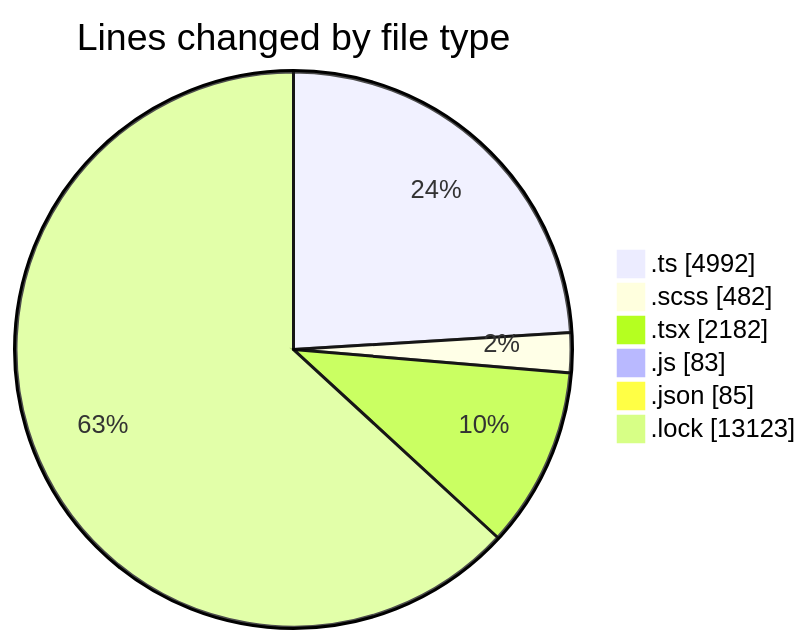
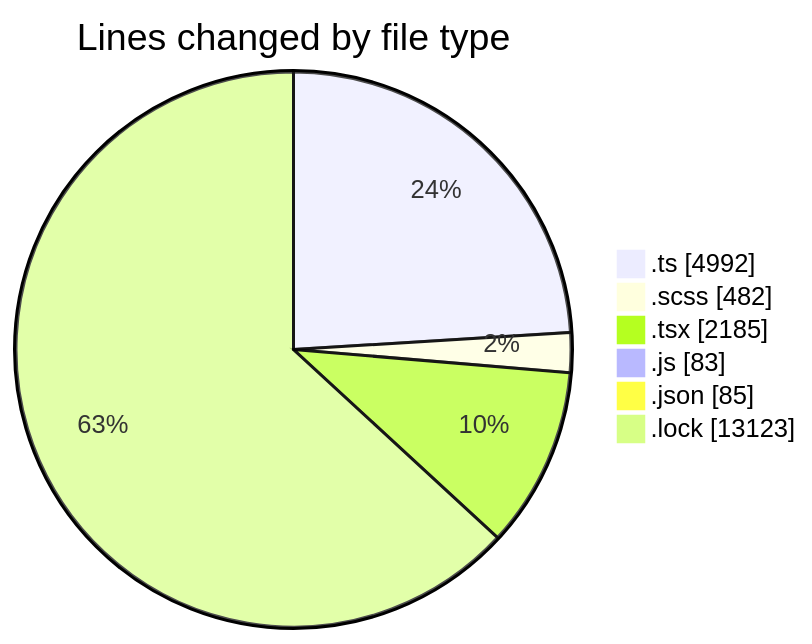
One commit to momahboobian/code-tracking changed the first of 2 diagrams in 2025-09-12/cda/README.md. Above: the diagram before and after it, drawn with Mermaid. The commit also changed other lines of this file and 1 other file, not shown here.

````diff
--- a/2025-09-12/cda/README.md
+++ b/2025-09-12/cda/README.md
@@ -34,10 +34,10 @@
 ```mermaid
 pie showData
 title Lines changed by file type
 ".ts" : 4992
 ".scss" : 482
-".tsx" : 2182
+".tsx" : 2185
 ".js" : 83
 ".json" : 85
 ".lock" : 13123
 ```
````
